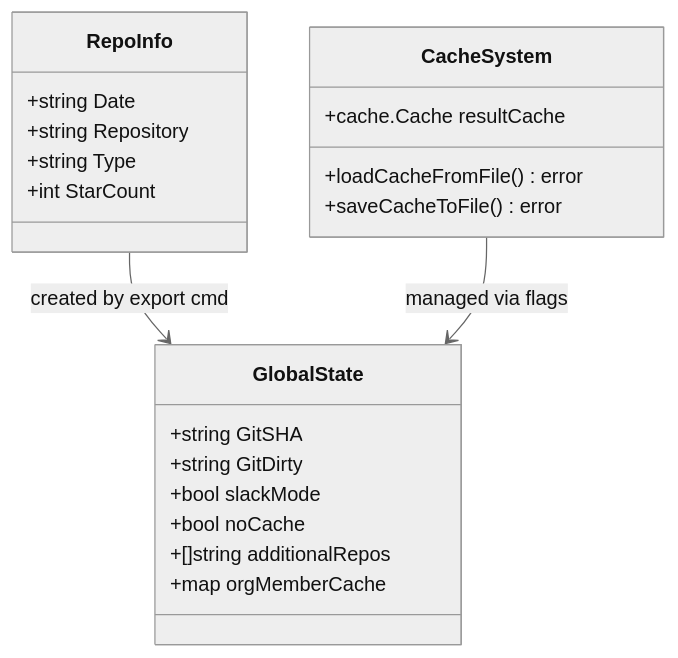
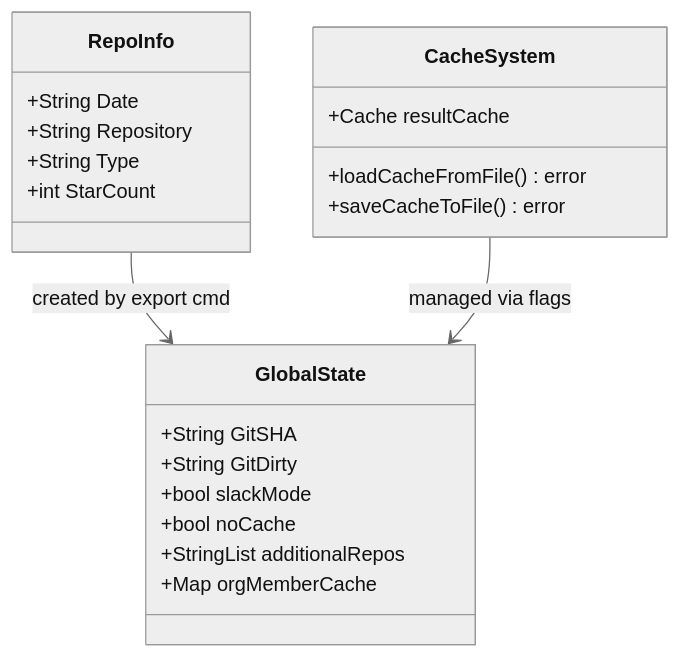
One commit to stahnma/gh-flox changed diagram 11 of 12 in README.md. Above: the diagram before and after it, drawn with Mermaid (neutral theme). The commit also changed other lines of this file, not shown here.

First line of the commit message:
Fix Mermaid diagram syntax for GitHub rendering

````diff
--- a/README.md
+++ b/README.md
@@ -283,27 +268,27 @@
 ```mermaid
 classDiagram
     class RepoInfo {
-        +string Date
-        +string Repository
-        +string Type
+        +String Date
+        +String Repository
+        +String Type
         +int StarCount
     }
 
     class CacheSystem {
-        +cache.Cache resultCache
+        +Cache resultCache
         +loadCacheFromFile() error
         +saveCacheToFile() error
     }
 
     class GlobalState {
-        +string GitSHA
-        +string GitDirty
+        +String GitSHA
+        +String GitDirty
         +bool slackMode
         +bool noCache
-        +[]string additionalRepos
-        +map orgMemberCache
+        +StringList additionalRepos
+        +Map orgMemberCache
     }
 
     RepoInfo --> GlobalState : created by export cmd
     CacheSystem --> GlobalState : managed via flags
 ```
````
